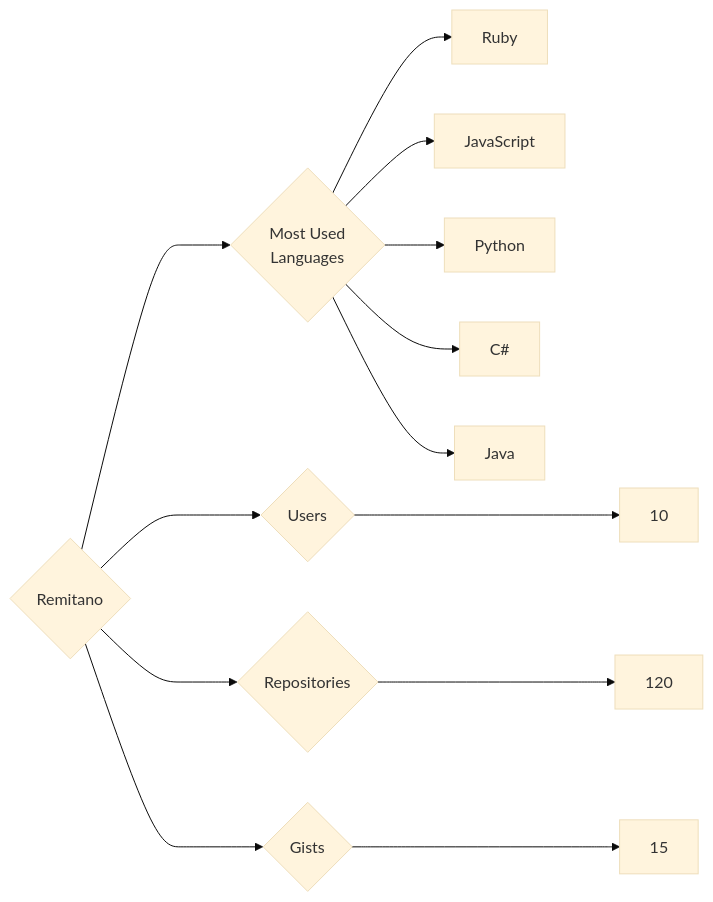
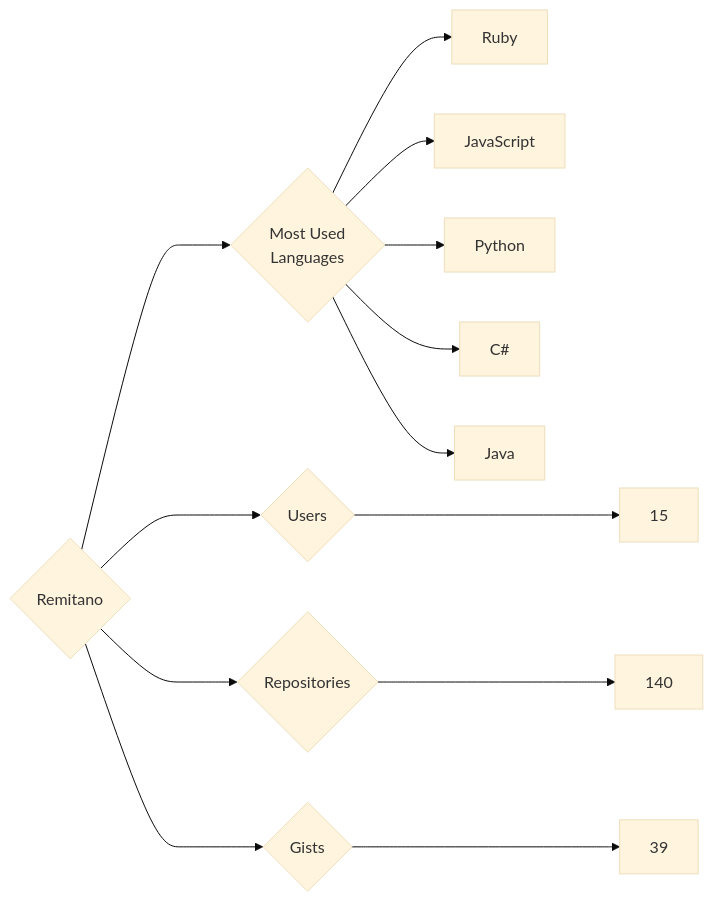
Before and after one commit to trickest/insiders: the diagram in targets/Remitano/README.md, drawn with Mermaid (base theme). The commit also changed 965 other files, not shown here.

````diff
--- a/targets/Remitano/README.md
+++ b/targets/Remitano/README.md
@@ -3,13 +3,13 @@
 ```mermaid
 graph LR
 COMPANY_NAME{Remitano}
-COMPANY_NAME ---> U{Users} ---> UN[10]
-COMPANY_NAME ---> R{Repositories} ---> RN[120]
-COMPANY_NAME ---> G{Gists} ---> GN[15]
+COMPANY_NAME ---> U{Users} ---> UN[15]
+COMPANY_NAME ---> R{Repositories} ---> RN[140]
+COMPANY_NAME ---> G{Gists} ---> GN[39]
 COMPANY_NAME ---> ML{Most Used<br>Languages}
 ML --> Ruby[Ruby]
 ML --> JavaScript[JavaScript]
 ML --> Python[Python]
 ML --> C#[C#]
 ML --> Java[Java]
 ```
````
